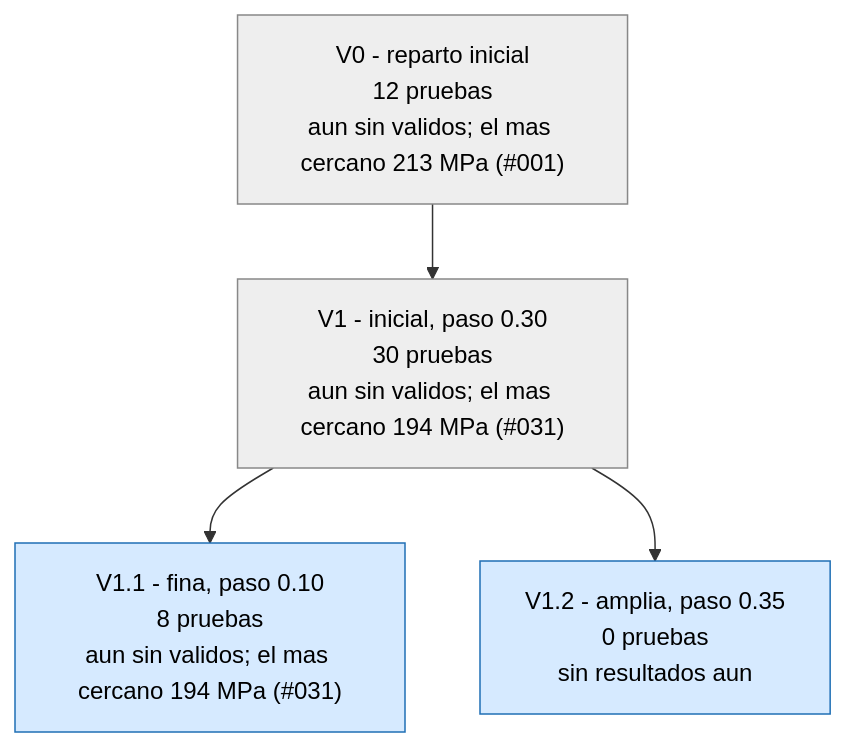
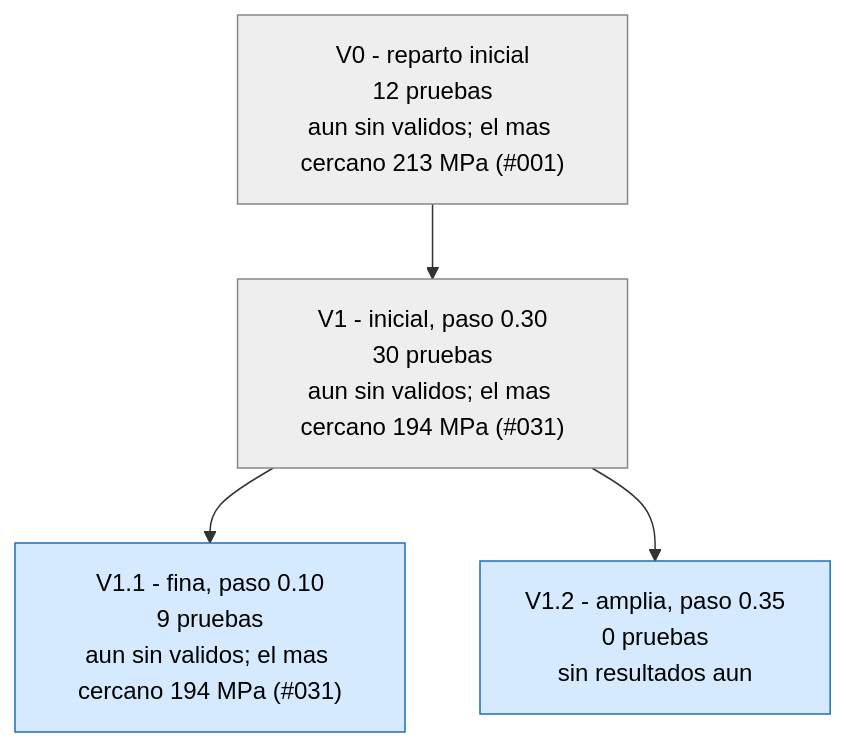
The first of 3 diagrams in runs/opt_37800N/ARBOL.md (Hugiko/msd-soporte-optimizacion), drawn with Mermaid before and after one commit. The commit also changed 19 other files, not shown here.

````diff
--- a/runs/opt_37800N/ARBOL.md
+++ b/runs/opt_37800N/ARBOL.md
@@ -9,13 +9,13 @@
 ```mermaid
 graph TD
 classDef activa fill:#d6eaff,stroke:#1f6fb5,color:#000
 classDef fin fill:#eeeeee,stroke:#888,color:#000
 classDef mejor fill:#c8f0c0,stroke:#1a9850,stroke-width:4px,color:#000
 V0["V0 - reparto inicial<br/>12 pruebas<br/>aun sin validos; el mas cercano 213 MPa (#001)"]:::fin
 V1["V1 - inicial, paso 0.30<br/>30 pruebas<br/>aun sin validos; el mas cercano 194 MPa (#031)"]:::fin
 V0 --> V1
-V1_1["V1.1 - fina, paso 0.10<br/>8 pruebas<br/>aun sin validos; el mas cercano 194 MPa (#031)"]:::activa
+V1_1["V1.1 - fina, paso 0.10<br/>9 pruebas<br/>aun sin validos; el mas cercano 194 MPa (#031)"]:::activa
 V1 --> V1_1
 V1_2["V1.2 - amplia, paso 0.35<br/>0 pruebas<br/>sin resultados aun"]:::activa
 V1 --> V1_2
 ```
````
